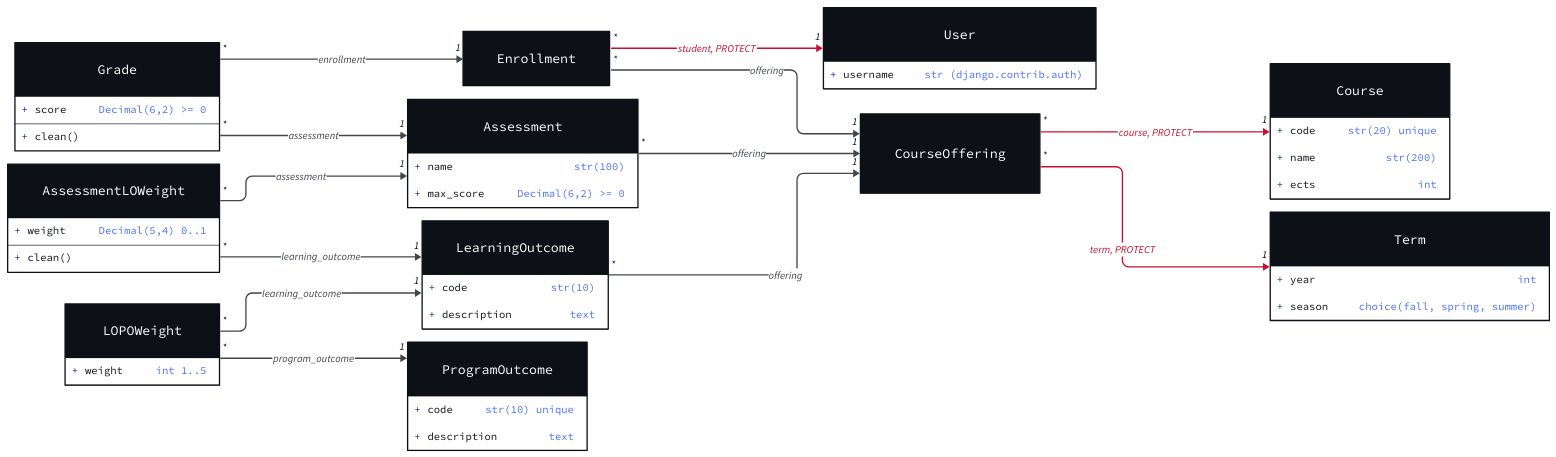
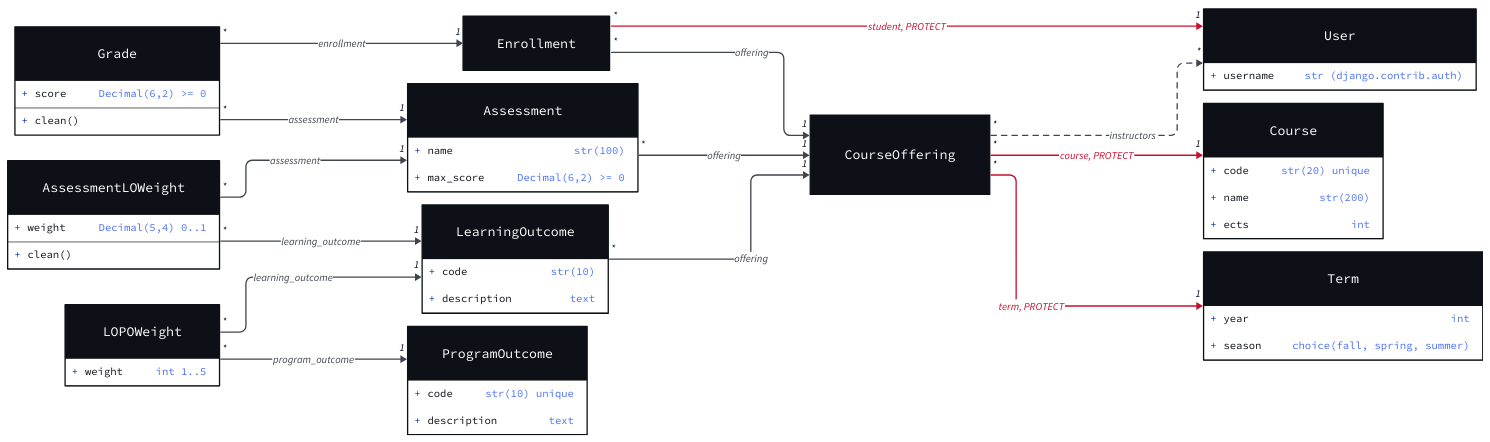
The diagram in docs/classes.d2 (rmz-oz/aculator), drawn with D2 before and after one commit. The commit also changed 10 other files, not shown here.

```diff
--- a/docs/classes.d2
+++ b/docs/classes.d2
@@ -199,3 +199,8 @@
   target-arrowhead.label: "1"
   style: {stroke: "#41464E"; stroke-width: 2; font-color: "#41464E"}
 }
+CourseOffering -> User: "instructors" {
+  source-arrowhead.label: "*"
+  target-arrowhead.label: "*"
+  style: {stroke: "#41464E"; stroke-width: 2; stroke-dash: 4; font-color: "#41464E"}
+}
```
